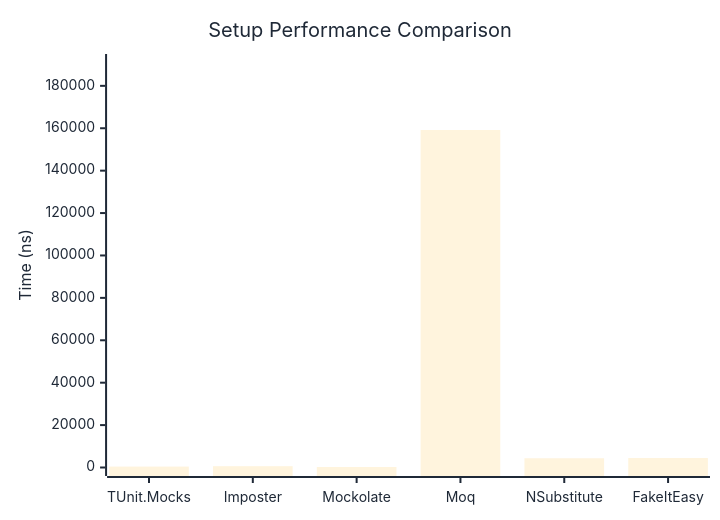
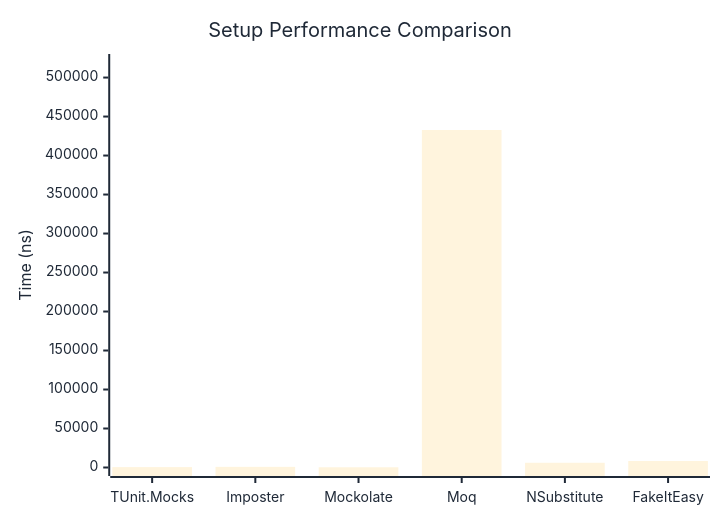
Before and after one commit to thomhurst/TUnit: the first of 2 diagrams in docs/docs/benchmarks/mocks/Setup.md, drawn with Mermaid. The commit also changed other lines of this file and 14 other files, not shown here.

````diff
--- a/docs/docs/benchmarks/mocks/Setup.md
+++ b/docs/docs/benchmarks/mocks/Setup.md
@@ -30,27 +30,27 @@
 ```mermaid
 %%{init: {
   'theme':'base',
   'themeVariables': {
     'primaryColor': '#2563eb',
     'primaryTextColor': '#1f2937',
     'primaryBorderColor': '#1e40af',
     'lineColor': '#6b7280',
     'secondaryColor': '#7c3aed',
     'tertiaryColor': '#dc2626',
     'background': '#ffffff',
     'pie1': '#2563eb',
     'pie2': '#7c3aed',
     'pie3': '#dc2626',
     'pie4': '#f59e0b',
     'pie5': '#10b981',
     'pie6': '#06b6d4',
     'pie7': '#ec4899',
     'pie8': '#6366f1'
   }
 }}%%
 xychart-beta
   title "Setup Performance Comparison"
   x-axis ["TUnit.Mocks", "Imposter", "Mockolate", "Moq", "NSubstitute", "FakeItEasy"]
-  y-axis "Time (ns)" 0 --> 191007
-  bar [430.7, 618.2, 235.9, 159172, 4368.7, 4468.8]
+  y-axis "Time (ns)" 0 --> 519303
+  bar [518.9, 835, 305.5, 432752.3, 6068.7, 8353.9]
 ```
````
